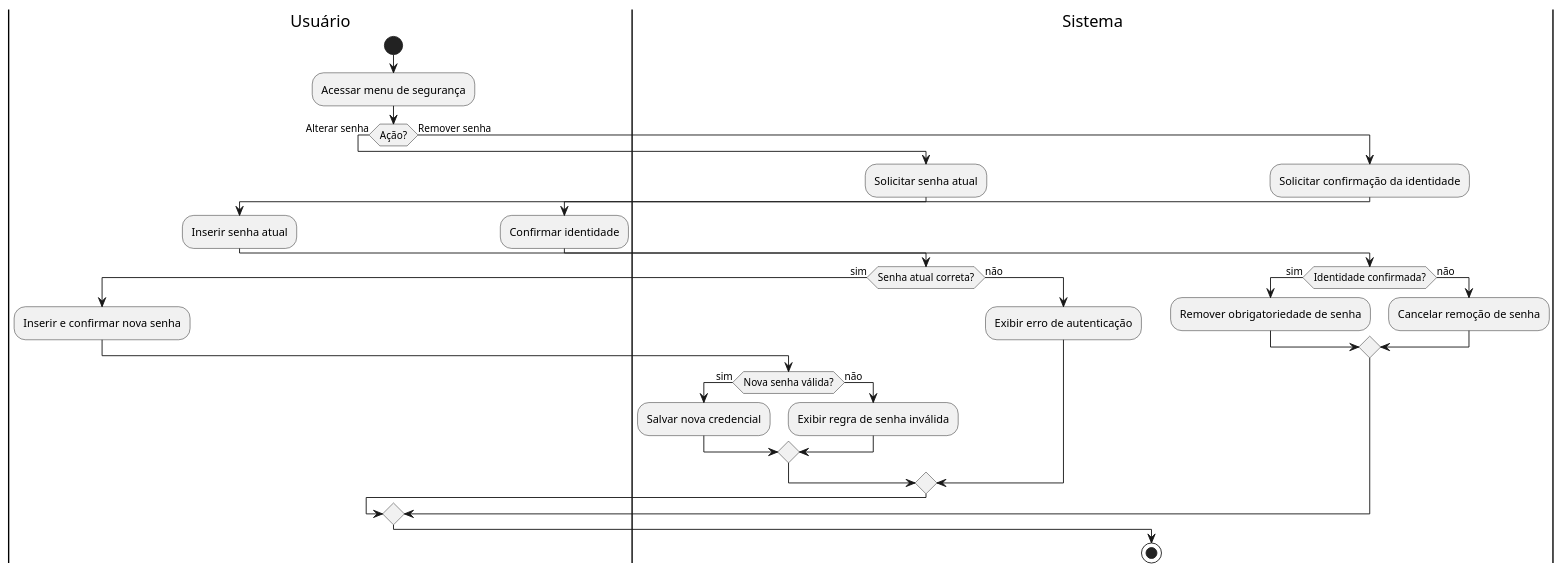
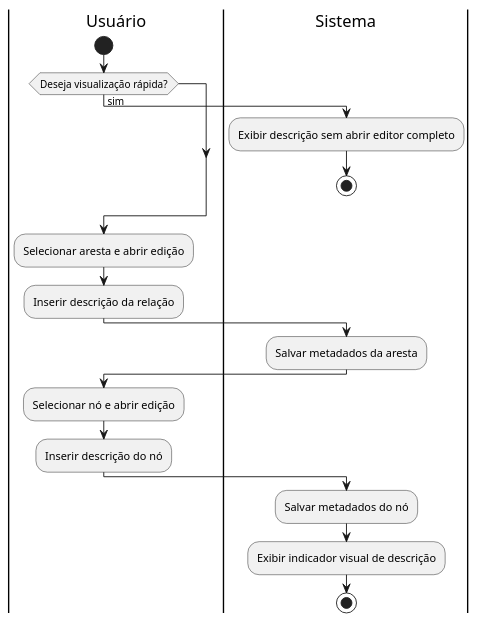
The diagram in docs/casosUso/uml/diagramas_atividade/diagrama_atividade_UC20.puml (aspiringluke/Projeto-Integrado-Mobile), drawn with PlantUML before and after one commit. The commit also changed 31 other files, not shown here.

```diff
--- a/docs/casosUso/uml/diagramas_atividade/diagrama_atividade_UC20.puml
+++ b/docs/casosUso/uml/diagramas_atividade/diagrama_atividade_UC20.puml
@@ -1,39 +1,27 @@
 @startuml diagrama_UC20
 
 |Usuário|
 start
-:Acessar menu de segurança;
+if (Deseja visualização rápida?) then (sim)
+  |Sistema|
+  :Exibir descrição sem abrir editor completo;
+  stop
+endif
 
-if (Ação?) then (Alterar senha)
-  |Sistema|
-  :Solicitar senha atual;
-  |Usuário|
-  :Inserir senha atual;
-  |Sistema|
-  if (Senha atual correta?) then (sim)
-    |Usuário|
-    :Inserir e confirmar nova senha;
-    |Sistema|
-    if (Nova senha válida?) then (sim)
-      :Salvar nova credencial;
-    else (não)
-      :Exibir regra de senha inválida;
-    endif
-  else (não)
-    :Exibir erro de autenticação;
-  endif
-else (Remover senha)
-  |Sistema|
-  :Solicitar confirmação da identidade;
-  |Usuário|
-  :Confirmar identidade;
-  |Sistema|
-  if (Identidade confirmada?) then (sim)
-    :Remover obrigatoriedade de senha;
-  else (não)
-    :Cancelar remoção de senha;
-  endif
-endif
+|Usuário|
+:Selecionar aresta e abrir edição;
+:Inserir descrição da relação;
+
+|Sistema|
+:Salvar metadados da aresta;
+
+|Usuário|
+:Selecionar nó e abrir edição;
+:Inserir descrição do nó;
+
+|Sistema|
+:Salvar metadados do nó;
+:Exibir indicador visual de descrição;
 
 stop
 @enduml
```
